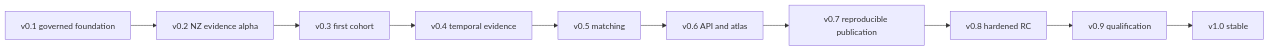
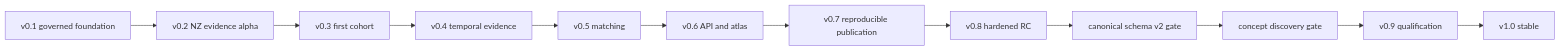
Before and after one commit to edithatogo/global-medicines-atlas: the diagram in conductor/roadmap.md, drawn with Mermaid. The commit also changed other lines of this file and 9 other files, not shown here.

````diff
--- a/conductor/roadmap.md
+++ b/conductor/roadmap.md
@@ -26,12 +26,14 @@
 ```mermaid
 flowchart LR
     F["v0.1 governed foundation"] --> NZ["v0.2 NZ evidence alpha"]
     NZ --> C["v0.3 first cohort"]
     C --> E["v0.4 temporal evidence"]
     E --> M["v0.5 matching"]
     M --> P["v0.6 API and atlas"]
     P --> R["v0.7 reproducible publication"]
     R --> H["v0.8 hardened RC"]
-    H --> Q["v0.9 qualification"]
+    H --> S2["canonical schema v2 gate"]
+    S2 --> D["concept discovery gate"]
+    D --> Q["v0.9 qualification"]
     Q --> V1["v1.0 stable"]
 ```
````
